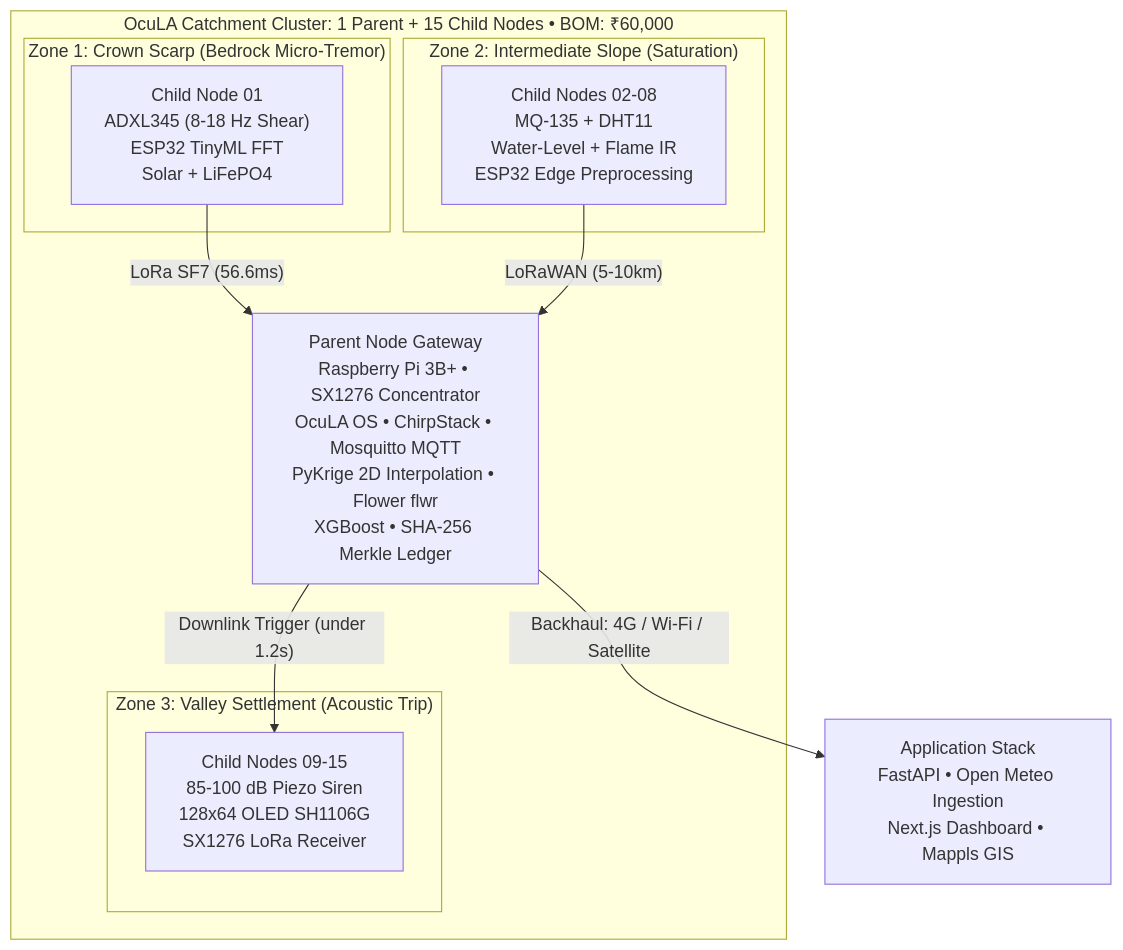
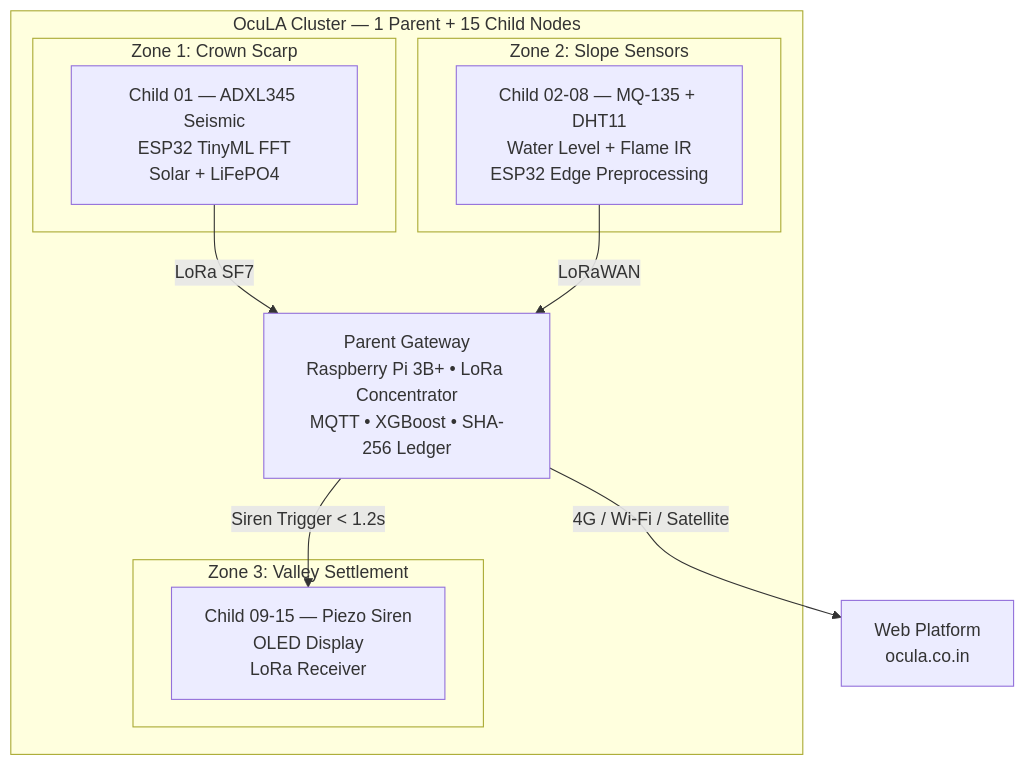
The diagram in README.md (kurokai-kun/OcuLA), drawn with Mermaid before and after one commit. The commit also changed other lines of this file and 33 other files, not shown here.

First line of the commit message:
refactor: reorganize repo — web app first, research as supplementary

````diff
--- a/README.md
+++ b/README.md
@@ -84,22 +77,22 @@
 ```mermaid
 flowchart TD
-  subgraph Cluster["OcuLA Catchment Cluster: 1 Parent + 15 Child Nodes • BOM: ₹60,000"]
-    subgraph Scarp["Zone 1: Crown Scarp (Bedrock Micro-Tremor)"]
-      C1["Child Node 01<br/>ADXL345 (8-18 Hz Shear)<br/>ESP32 TinyML FFT<br/>Solar + LiFePO4"]
+  subgraph Cluster["OcuLA Cluster — 1 Parent + 15 Child Nodes"]
+    subgraph Scarp["Zone 1: Crown Scarp"]
+      C1["Child 01 — ADXL345 Seismic<br/>ESP32 TinyML FFT<br/>Solar + LiFePO4"]
     end
-    subgraph Slope["Zone 2: Intermediate Slope (Saturation)"]
-      C2["Child Nodes 02-08<br/>MQ-135 + DHT11<br/>Water-Level + Flame IR<br/>ESP32 Edge Preprocessing"]
+    subgraph Slope["Zone 2: Slope Sensors"]
+      C2["Child 02-08 — MQ-135 + DHT11<br/>Water Level + Flame IR<br/>ESP32 Edge Preprocessing"]
     end
-    subgraph Valley["Zone 3: Valley Settlement (Acoustic Trip)"]
-      C3["Child Nodes 09-15<br/>85-100 dB Piezo Siren<br/>128x64 OLED SH1106G<br/>SX1276 LoRa Receiver"]
+    subgraph Valley["Zone 3: Valley Settlement"]
+      C3["Child 09-15 — Piezo Siren<br/>OLED Display<br/>LoRa Receiver"]
     end
 
-    P1["Parent Node Gateway<br/>Raspberry Pi 3B+ • SX1276 Concentrator<br/>OcuLA OS • ChirpStack • Mosquitto MQTT<br/>PyKrige 2D Interpolation • Flower flwr<br/>XGBoost • SHA-256 Merkle Ledger"]
+    P1["Parent Gateway<br/>Raspberry Pi 3B+ • LoRa Concentrator<br/>MQTT • XGBoost • SHA-256 Ledger"]
 
-    C1 -->|"LoRa SF7 (56.6ms)"| P1
-    C2 -->|"LoRaWAN (5-10km)"| P1
-    P1 -->|"Downlink Trigger (under 1.2s)"| C3
+    C1 -->|"LoRa SF7"| P1
+    C2 -->|"LoRaWAN"| P1
+    P1 -->|"Siren Trigger < 1.2s"| C3
   end
 
-  P1 -->|"Backhaul: 4G / Wi-Fi / Satellite"| App["Application Stack<br/>FastAPI • Open Meteo Ingestion<br/>Next.js Dashboard • Mappls GIS"]
+  P1 -->|"4G / Wi-Fi / Satellite"| App["Web Platform<br/>ocula.co.in"]
 ```
````
